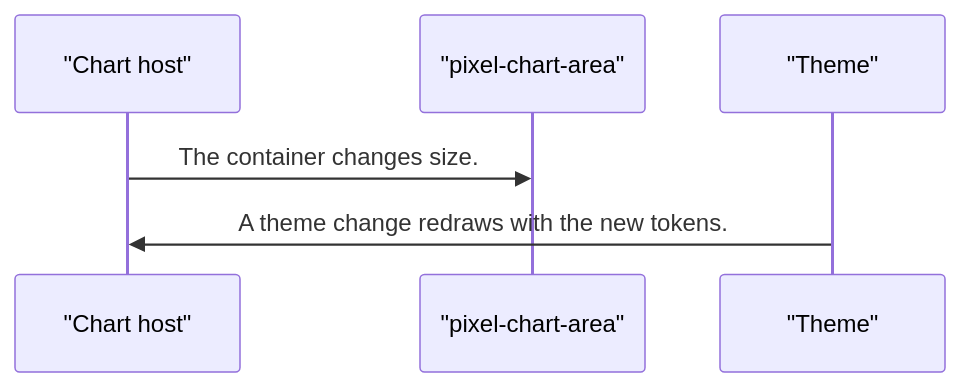
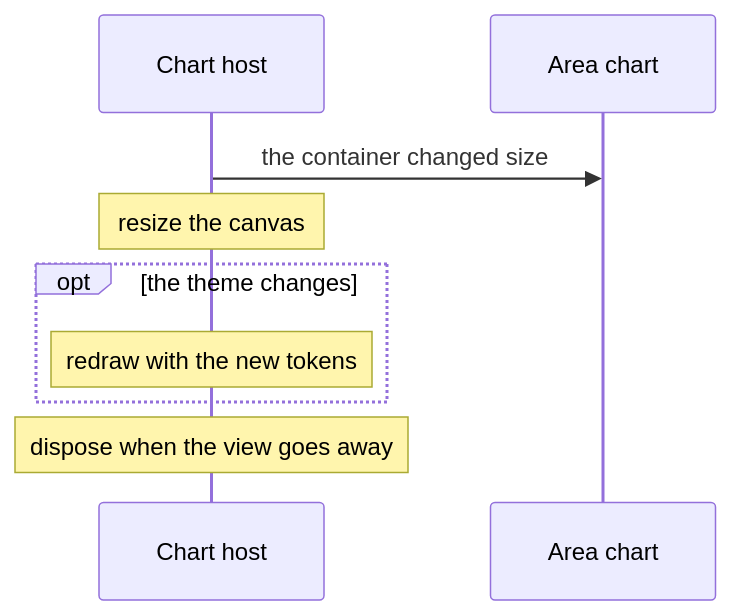
Before and after one commit to RajshekharBorate/pixel-ui: the fourth of 4 diagrams in projects/pixel-ui/src/lib/pixel-chart-area/DESIGN.md, drawn with Mermaid. The commit also changed other lines of this file and 73 other files, not shown here.

Commit message:
Explain who owns each value and what each flow does in every component and service design.

````diff
--- a/projects/pixel-ui/src/lib/pixel-chart-area/DESIGN.md
+++ b/projects/pixel-ui/src/lib/pixel-chart-area/DESIGN.md
@@ -74,8 +98,11 @@
 ```mermaid
 sequenceDiagram
-  participant host as "Chart host"
-  participant plot as "pixel-chart-area"
-  participant theme as "Theme"
-  host->>plot: The container changes size.
-  theme->>host: A theme change redraws with the new tokens.
+  participant Host as Chart host
+  participant Plot as Area chart
+  Host->>Plot: the container changed size
+  Note over Host: resize the canvas
+  opt the theme changes
+    Note over Host: redraw with the new tokens
+  end
+  Note over Host: dispose when the view goes away
 ```
````
